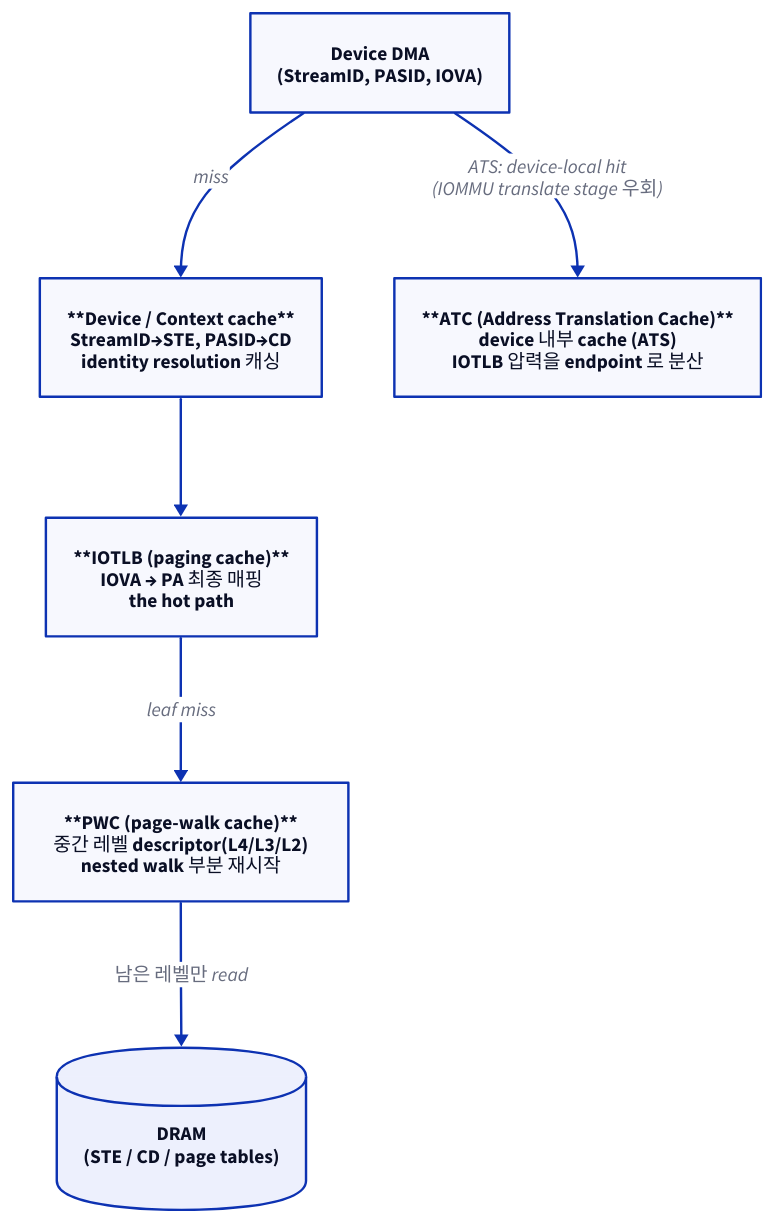
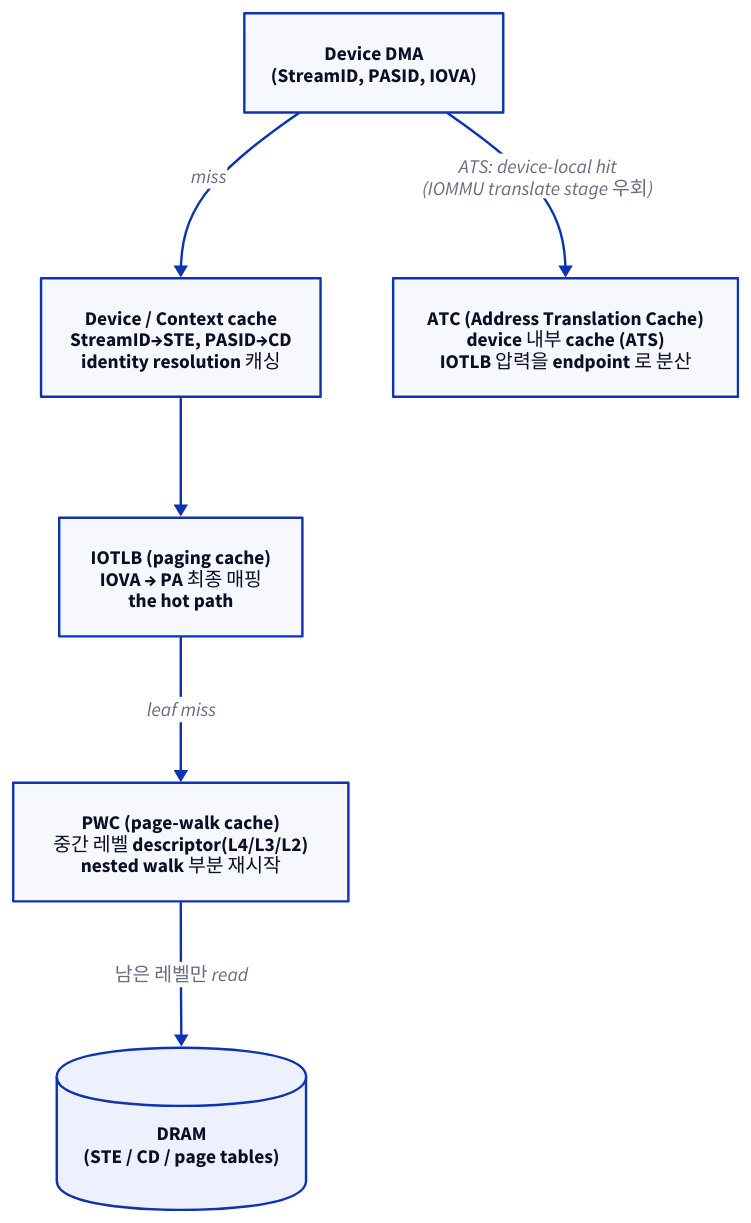
Before and after one commit to humbleowl39/DV_SKOOL: the eighth of 11 diagrams in starlight_site/src/content/docs/mmu/04_iommu_smmu.md, drawn with D2. The commit also changed 714 other files, not shown here.

First line of the commit message:
fix(site): d2 다이어그램 가독성 결함 6종 일괄 수정

````diff
--- a/starlight_site/src/content/docs/mmu/04_iommu_smmu.md
+++ b/starlight_site/src/content/docs/mmu/04_iommu_smmu.md
@@ -474,16 +474,16 @@
 ```d2
 direction: down
 
 REQ: "Device DMA\n(StreamID, PASID, IOVA)"
-DC: "**Device / Context cache**\nStreamID→STE, PASID→CD\nidentity resolution 캐싱"
-IOTLB: "**IOTLB (paging cache)**\nIOVA → PA 최종 매핑\nthe hot path"
-PWC: "**PWC (page-walk cache)**\n중간 레벨 descriptor(L4/L3/L2)\nnested walk 부분 재시작"
-ATC: "**ATC (Address Translation Cache)**\ndevice 내부 cache (ATS)\nIOTLB 압력을 endpoint 로 분산"
+DC: "Device / Context cache\nStreamID→STE, PASID→CD\nidentity resolution 캐싱"
+IOTLB: "IOTLB (paging cache)\nIOVA → PA 최종 매핑\nthe hot path"
+PWC: "PWC (page-walk cache)\n중간 레벨 descriptor(L4/L3/L2)\nnested walk 부분 재시작"
+ATC: "ATC (Address Translation Cache)\ndevice 내부 cache (ATS)\nIOTLB 압력을 endpoint 로 분산"
 MEM: "DRAM\n(STE / CD / page tables)" { shape: cylinder }
 
 REQ -> DC: "miss"
 DC -> IOTLB
 IOTLB -> PWC: "leaf miss"
 PWC -> MEM: "남은 레벨만 read"
 REQ -> ATC: "ATS: device-local hit\n(IOMMU translate stage 우회)"
 ```
````
